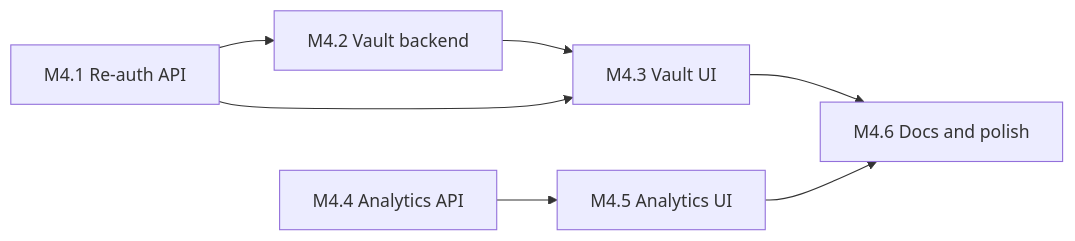
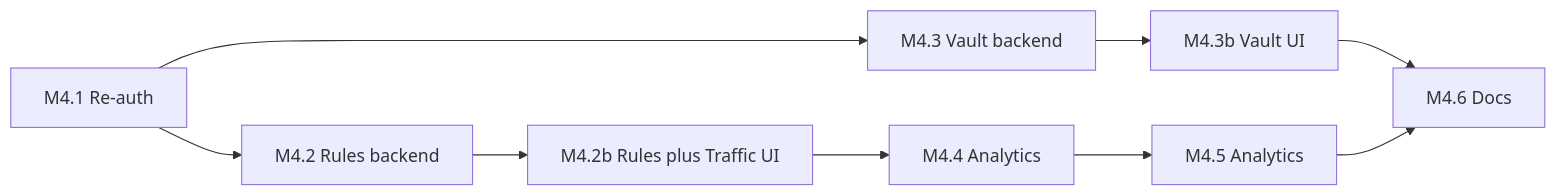
Before and after one commit to ksks0000/GuardMe: the diagram in Resources/m4_vault_reauth_analytics_61ba39bf.plan.md, drawn with Mermaid. The commit also changed other lines of this file and 9 other files, not shown here.

Commit message:
Backend: add reauth API: POST verify-password; new SIEM events; reAuthGuard

````diff
--- a/Resources/m4_vault_reauth_analytics_61ba39bf.plan.md
+++ b/Resources/m4_vault_reauth_analytics_61ba39bf.plan.md
@@ -58,16 +159,20 @@
 ```mermaid
 flowchart LR
-  reauth[M4.1 Re-auth API]
-  vaultBe[M4.2 Vault backend]
-  vaultFe[M4.3 Vault UI]
-  analyticsBe[M4.4 Analytics API]
-  analyticsFe[M4.5 Analytics UI]
-  lab[M4.6 Docs and polish]
+  reauth[M4.1 Re-auth]
+  rulesBe[M4.2 Rules backend]
+  rulesFe[M4.2b Rules plus Traffic UI]
+  vaultBe[M4.3 Vault backend]
+  vaultFe[M4.3b Vault UI]
+  analyticsBe[M4.4 Analytics]
+  analyticsFe[M4.5 Analytics]
+  docs[M4.6 Docs]
 
   reauth --> vaultBe
+  reauth --> rulesBe
+  rulesBe --> rulesFe
   vaultBe --> vaultFe
-  reauth --> vaultFe
+  rulesFe --> analyticsBe
   analyticsBe --> analyticsFe
-  vaultFe --> lab
-  analyticsFe --> lab
+  vaultFe --> docs
+  analyticsFe --> docs
 ```
````
